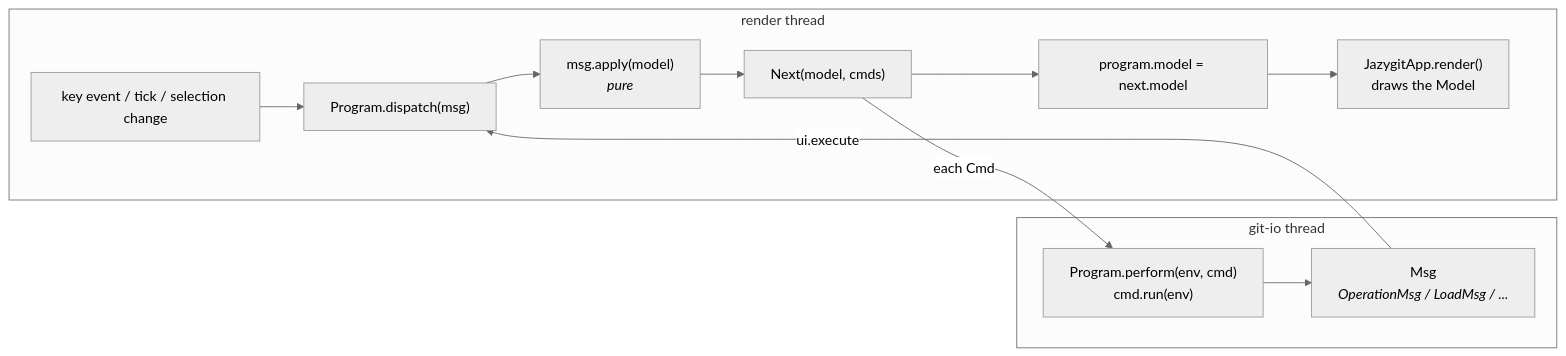
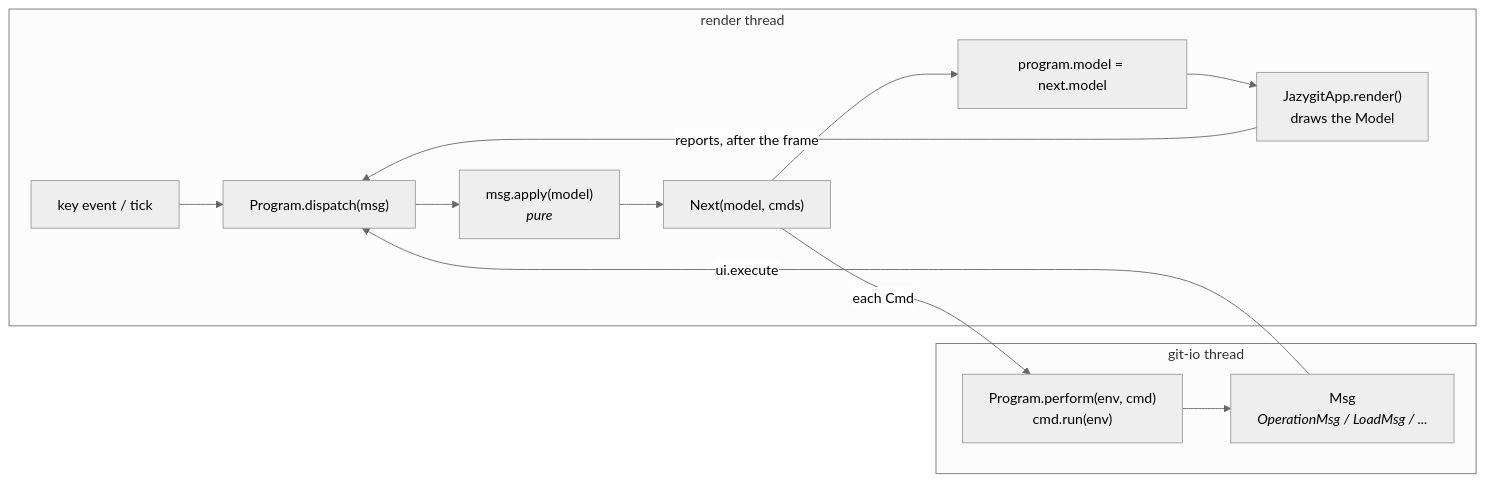
Before and after one commit to cvanfleteren/jazygit: the second of 7 diagrams in ARCHITECTURE.md, drawn with Mermaid (neutral theme). The commit also changed other lines of this file and 2 other files, not shown here.

Commit message:
handle focus and selection after render

````diff
--- a/ARCHITECTURE.md
+++ b/ARCHITECTURE.md
@@ -305,15 +305,16 @@
 ```mermaid
 flowchart LR
     subgraph render["render thread"]
-        Event["key event / tick / selection change"] --> Dispatch["Program.dispatch(msg)"]
+        Event["key event / tick"] --> Dispatch["Program.dispatch(msg)"]
         Dispatch --> Update["msg.apply(model)<br/><i>pure</i>"]
         Update --> Next["Next(model, cmds)"]
         Next --> Store["program.model = next.model"]
         Store --> Render["JazygitApp.render()<br/>draws the Model"]
+        Render -- "reports, after the frame" --> Dispatch
     end
     subgraph io["git-io thread"]
         Perform["Program.perform(env, cmd)<br/>cmd.run(env)"] --> Result["Msg<br/><i>OperationMsg / LoadMsg / ...</i>"]
     end
     Next -- "each Cmd" --> Perform
     Result -- "ui.execute" --> Dispatch
 ```
````
